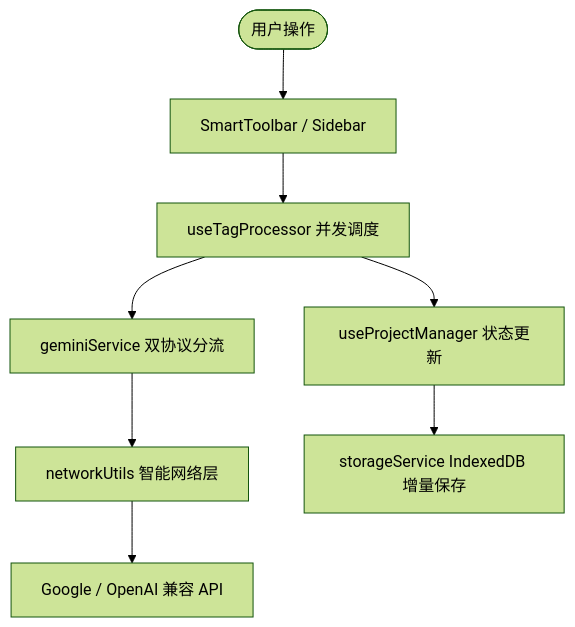
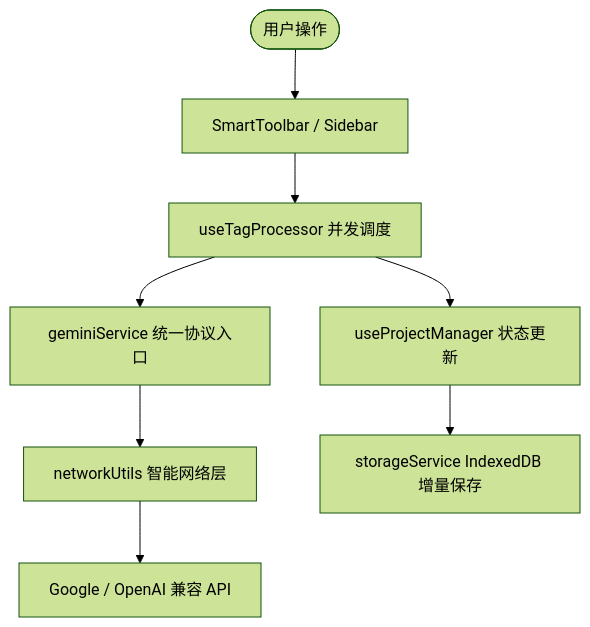
Before and after one commit to Tera-Dark/Tag-Master: the diagram in docs/ARCHITECTURE.md, drawn with Mermaid (forest theme). The commit also changed other lines of this file and 116 other files, not shown here.

````diff
--- a/docs/ARCHITECTURE.md
+++ b/docs/ARCHITECTURE.md
@@ -40,10 +40,10 @@
 ```mermaid
 graph TD
     User([用户操作]) --> SmartToolbar[SmartToolbar / Sidebar]
     SmartToolbar --> useTagProcessor[useTagProcessor 并发调度]
-    useTagProcessor --> geminiService[geminiService 双协议分流]
+    useTagProcessor --> geminiService[geminiService 统一协议入口]
     geminiService --> networkUtils[networkUtils 智能网络层]
     networkUtils --> AI_API[Google / OpenAI 兼容 API]
     useTagProcessor --> useProjectManager[useProjectManager 状态更新]
     useProjectManager --> storageService[storageService IndexedDB 增量保存]
 ```
````
